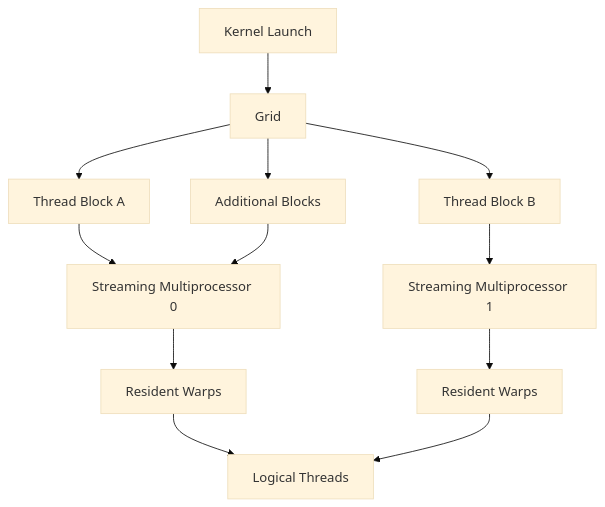
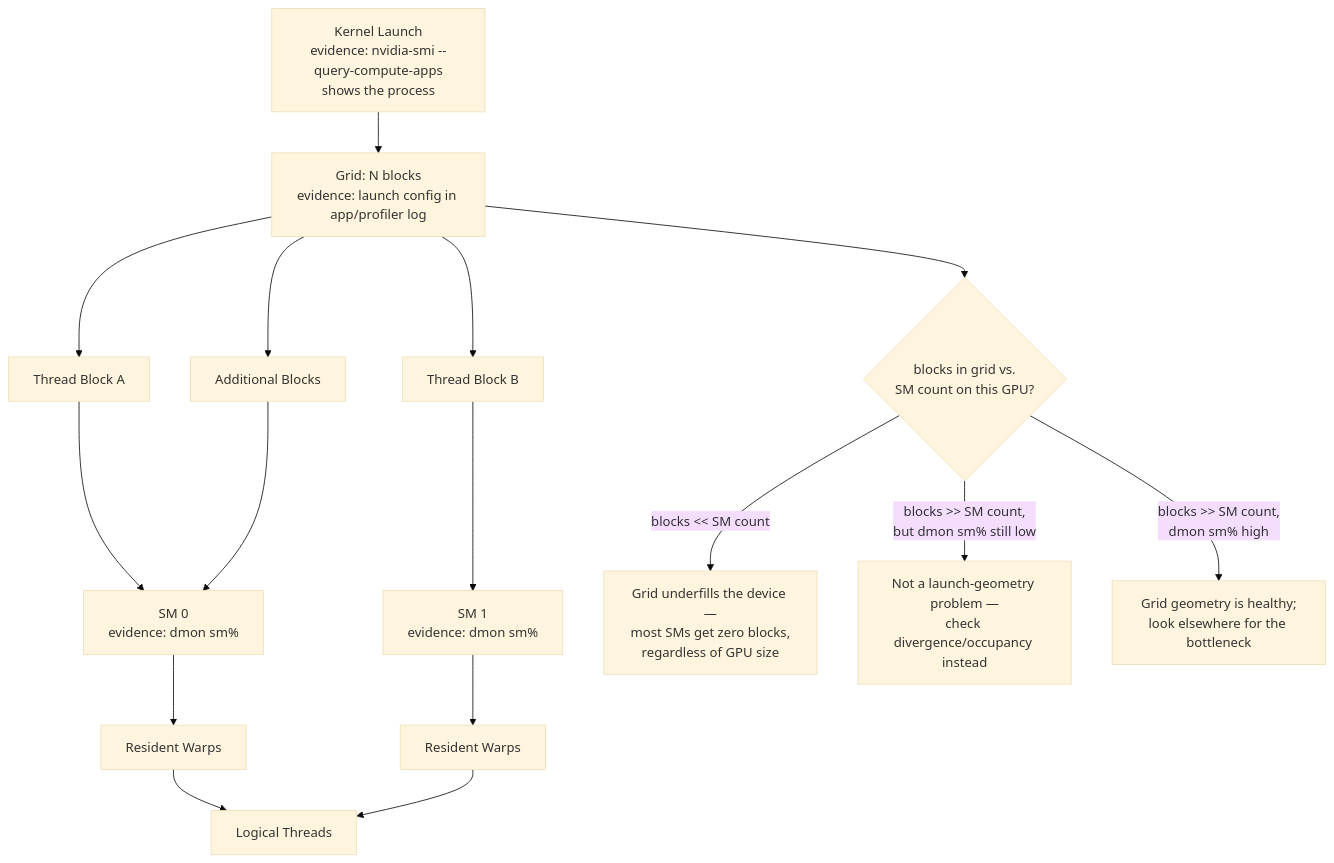
One commit to jithinpnjm/nvidia-devops changed the first of 4 diagrams in docs/nvidia-zero-to-hero/volume-02/chapter-03-threads-warps-blocks-and-sms.md. Above: the diagram before and after it, drawn with Mermaid (base theme). The commit also changed other lines of this file and 1 other file, not shown here.

````diff
--- a/docs/nvidia-zero-to-hero/volume-02/chapter-03-threads-warps-blocks-and-sms.md
+++ b/docs/nvidia-zero-to-hero/volume-02/chapter-03-threads-warps-blocks-and-sms.md
@@ -51,23 +51,27 @@
 ```mermaid
 flowchart TD
-    Kernel[Kernel Launch]
-    Grid[Grid]
+    Kernel["Kernel Launch<br/>evidence: nvidia-smi --query-compute-apps<br/>shows the process"]
+    Grid["Grid: N blocks<br/>evidence: launch config in app/profiler log"]
     BlockA[Thread Block A]
     BlockB[Thread Block B]
     BlockN[Additional Blocks]
-    SMA[Streaming Multiprocessor 0]
-    SMB[Streaming Multiprocessor 1]
+    SMA["SM 0<br/>evidence: dmon sm%"]
+    SMB["SM 1<br/>evidence: dmon sm%"]
     WarpsA[Resident Warps]
     WarpsB[Resident Warps]
     Threads[Logical Threads]
 
     Kernel --> Grid
     Grid --> BlockA
     Grid --> BlockB
     Grid --> BlockN
     BlockA --> SMA
     BlockB --> SMB
     BlockN --> SMA
     SMA --> WarpsA --> Threads
     SMB --> WarpsB --> Threads
+    Grid --> Check{"blocks in grid vs.<br/>SM count on this GPU?"}
+    Check -->|"blocks << SM count"| Under["Grid underfills the device —<br/>most SMs get zero blocks,<br/>regardless of GPU size"]
+    Check -->|"blocks >> SM count,<br/>but dmon sm% still low"| Diverge["Not a launch-geometry problem —<br/>check divergence/occupancy instead"]
+    Check -->|"blocks >> SM count,<br/>dmon sm% high"| Healthy["Grid geometry is healthy;<br/>look elsewhere for the bottleneck"]
 ```
````
